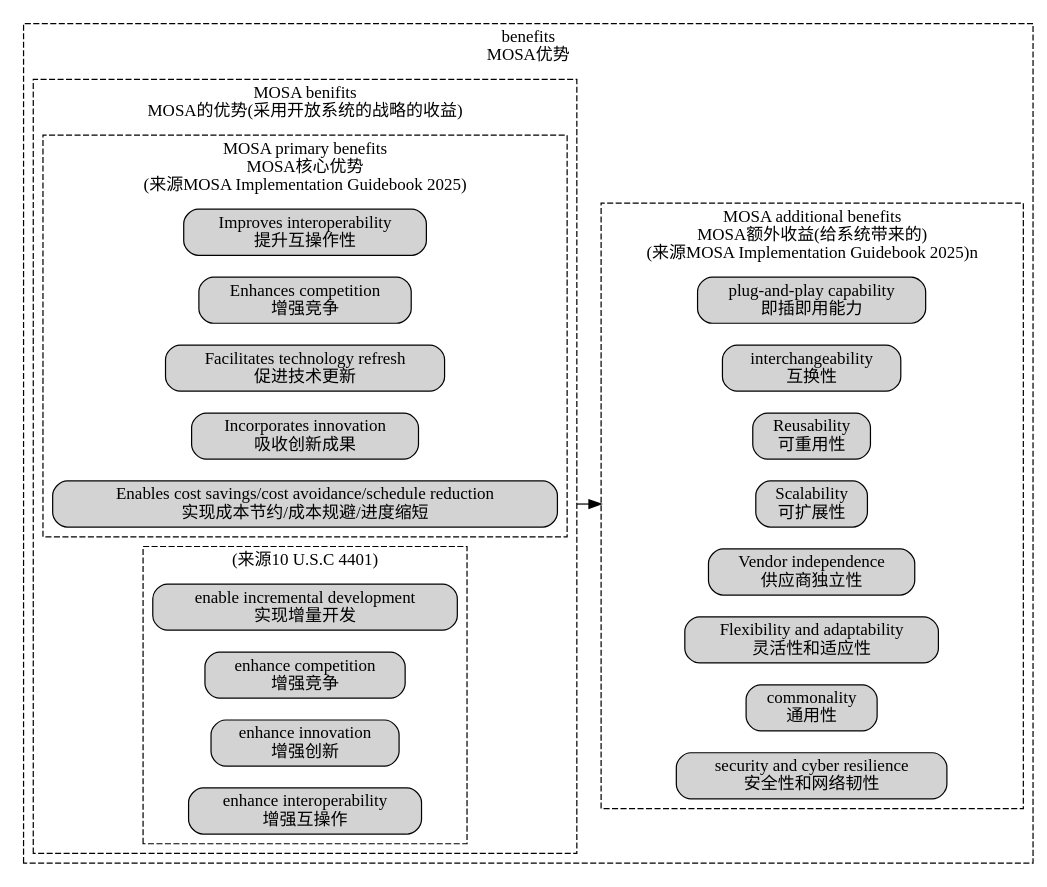
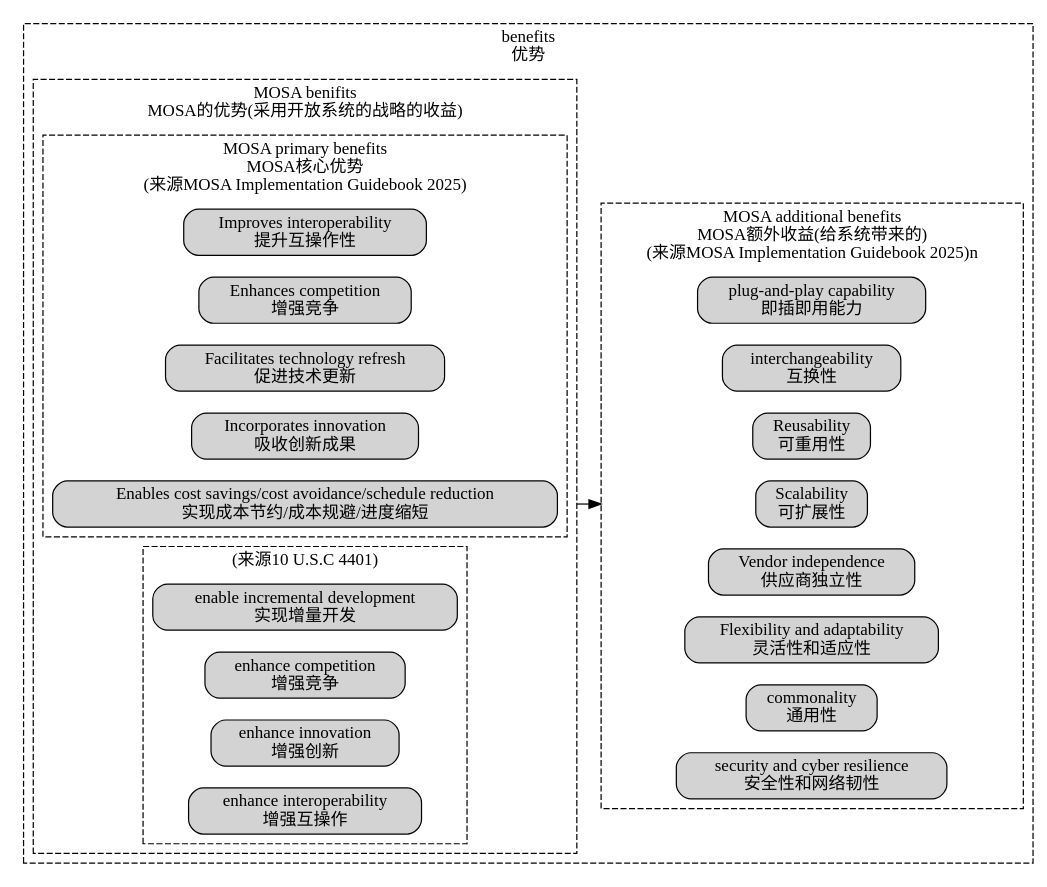
The diagram in parts/soa_feature_benifits.dot (chaozhang2000/soa), drawn with Graphviz before and after one commit. The commit also changed 2 other files, not shown here.

```diff
--- a/parts/soa_feature_benifits.dot
+++ b/parts/soa_feature_benifits.dot
@@ -1,43 +1,43 @@
 digraph G {
   graph [rankdir=LR,compound=true];
   node [shape=box, style="rounded,filled"];
 subgraph cluster_MOSA_benefits{
-	label="benefits\nMOSA优势"
+	label="benefits\n优势"
 	style = dashed;
 subgraph cluster_MOSA_benefits1{
 	label="MOSA benifits\nMOSA的优势(采用开放系统的战略的收益)"
 	style = dashed;
 	
 	subgraph cluster_MOSA_primary_benefits{
 	label="MOSA primary benefits\nMOSA核心优势\n(来源MOSA Implementation Guidebook 2025)"
 	style = dashed;
 	MOSA_Benefit1[label="Improves interoperability\n提升互操作性"]
 	MOSA_Benefit2[label="Enhances competition\n增强竞争"]
 	MOSA_Benefit3[label="Facilitates technology refresh\n促进技术更新"]
 	MOSA_Benefit4[label="Incorporates innovation\n吸收创新成果"]
 	MOSA_Benefit5[label="Enables cost savings/cost avoidance/schedule reduction\n实现成本节约/成本规避/进度缩短"]
 	}
 subgraph cluster_MOSA_benefits2{
 	label="(来源10 U.S.C 4401)"
 	style = dashed;
 	MOSA_Benefit14[label="enable incremental development\n实现增量开发"]
 	MOSA_Benefit15[label="enhance competition\n增强竞争"]
 	MOSA_Benefit16[label="enhance innovation\n增强创新"]
 	MOSA_Benefit17[label="enhance interoperability\n增强互操作"]
 }
 }
 	subgraph cluster_MOSA_additional_benefits{
 	label="MOSA additional benefits\nMOSA额外收益(给系统带来的)\n(来源MOSA Implementation Guidebook 2025)n"
 	style = dashed;
 	MOSA_Benefit6[label="plug-and-play capability\n即插即用能力"]
 	MOSA_Benefit7[label="interchangeability\n互换性"]
 	MOSA_Benefit8[label="Reusability\n可重用性"]
 	MOSA_Benefit9[label="Scalability\n可扩展性"]
 	MOSA_Benefit10[label="Vendor independence\n供应商独立性"]
 	MOSA_Benefit11[label="Flexibility and adaptability\n灵活性和适应性"]
 	MOSA_Benefit12[label="commonality\n通用性"]
 	MOSA_Benefit13[label="security and cyber resilience\n安全性和网络韧性"]
 	}
 }
 MOSA_Benefit5->MOSA_Benefit9[lhead = "cluster_MOSA_additional_benefits",ltail = "cluster_MOSA_benefits1"]
 }
```
